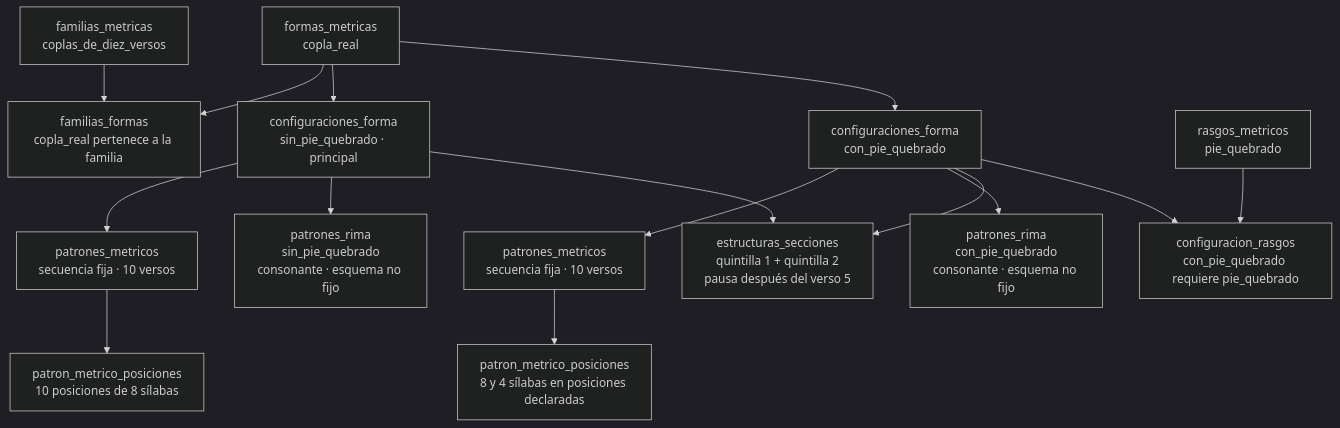
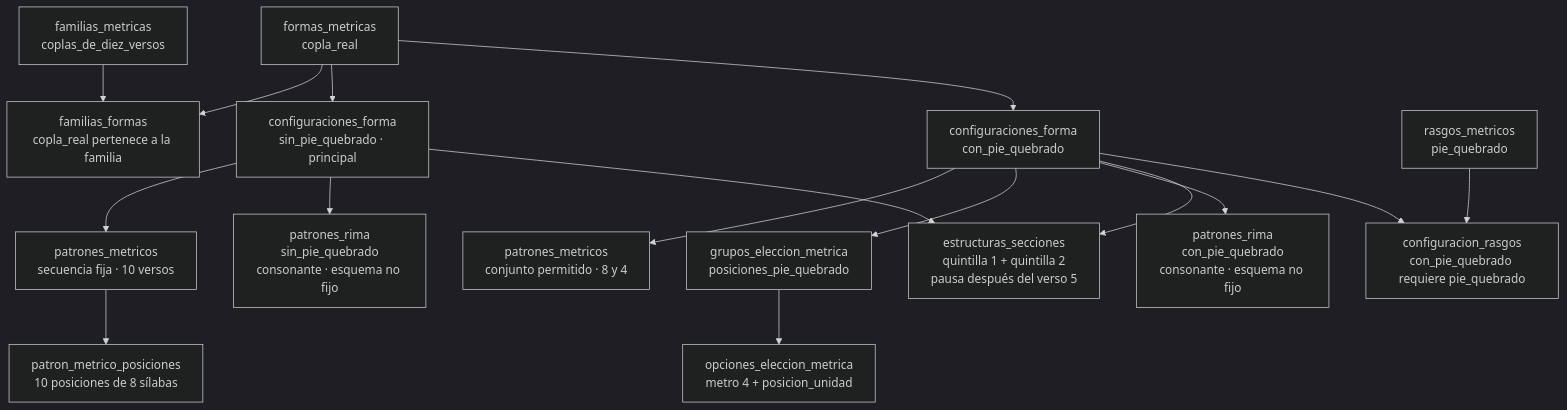
The second of 9 diagrams in docs/dominio-metrico/ejemplos-formalizacion-ontologia-metrica.md (metadramaub/metadrama_db), drawn with Mermaid (dark theme) before and after one commit. The commit also changed other lines of this file and 27 other files, not shown here.

````diff
--- a/docs/dominio-metrico/ejemplos-formalizacion-ontologia-metrica.md
+++ b/docs/dominio-metrico/ejemplos-formalizacion-ontologia-metrica.md
@@ -157,37 +157,39 @@
 ```mermaid
 flowchart TB
     F["formas_metricas<br/>copla_real"]
     FA["familias_metricas<br/>coplas_de_diez_versos"]
     FF["familias_formas<br/>copla_real pertenece a la familia"]
 
     C1["configuraciones_forma<br/>sin_pie_quebrado · principal"]
     C2["configuraciones_forma<br/>con_pie_quebrado"]
 
     PM1["patrones_metricos<br/>secuencia fija · 10 versos"]
     PP1["patron_metrico_posiciones<br/>10 posiciones de 8 sílabas"]
 
-    PM2["patrones_metricos<br/>secuencia fija · 10 versos"]
-    PP2["patron_metrico_posiciones<br/>8 y 4 sílabas en posiciones declaradas"]
+    PM2["patrones_metricos<br/>conjunto permitido · 8 y 4"]
+    GE2["grupos_eleccion_metrica<br/>posiciones_pie_quebrado"]
+    OE2["opciones_eleccion_metrica<br/>metro 4 + posicion_unidad"]
 
     PR1["patrones_rima<br/>sin_pie_quebrado<br/>consonante · esquema no fijo"]
     PR2["patrones_rima<br/>con_pie_quebrado<br/>consonante · esquema no fijo"]
     RG["rasgos_metricos<br/>pie_quebrado"]
     CR["configuracion_rasgos<br/>con_pie_quebrado requiere pie_quebrado"]
 
     ES["estructuras_secciones<br/>quintilla 1 + quintilla 2<br/>pausa después del verso 5"]
 
     FA --> FF
     F --> FF
     F --> C1
     F --> C2
     C1 --> PM1
     PM1 --> PP1
     C2 --> PM2
-    PM2 --> PP2
+    C2 --> GE2
+    GE2 --> OE2
     C1 --> PR1
     C2 --> PR2
     C1 --> ES
     C2 --> ES
     C2 --> CR
     RG --> CR
 ```
````
